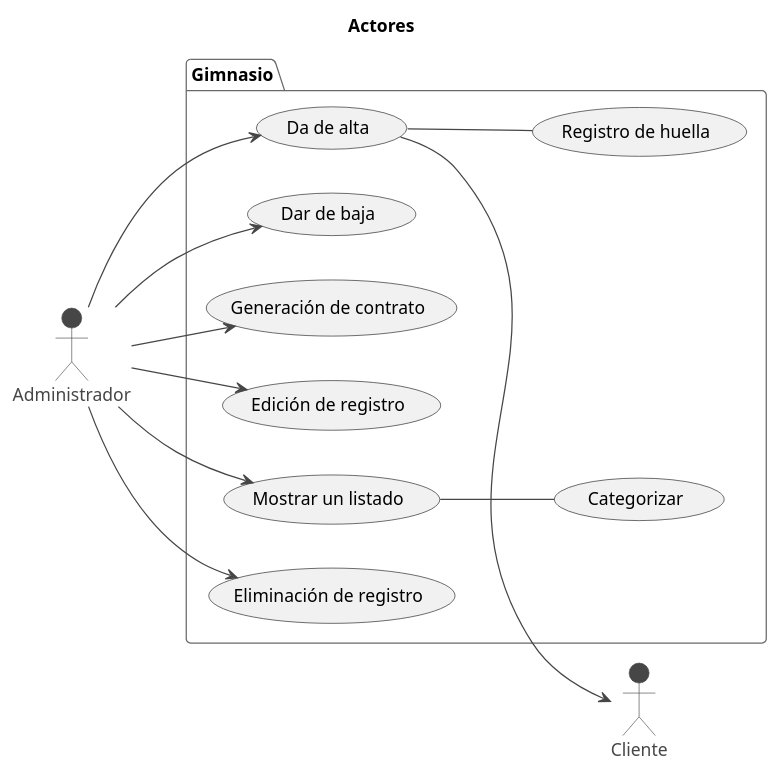
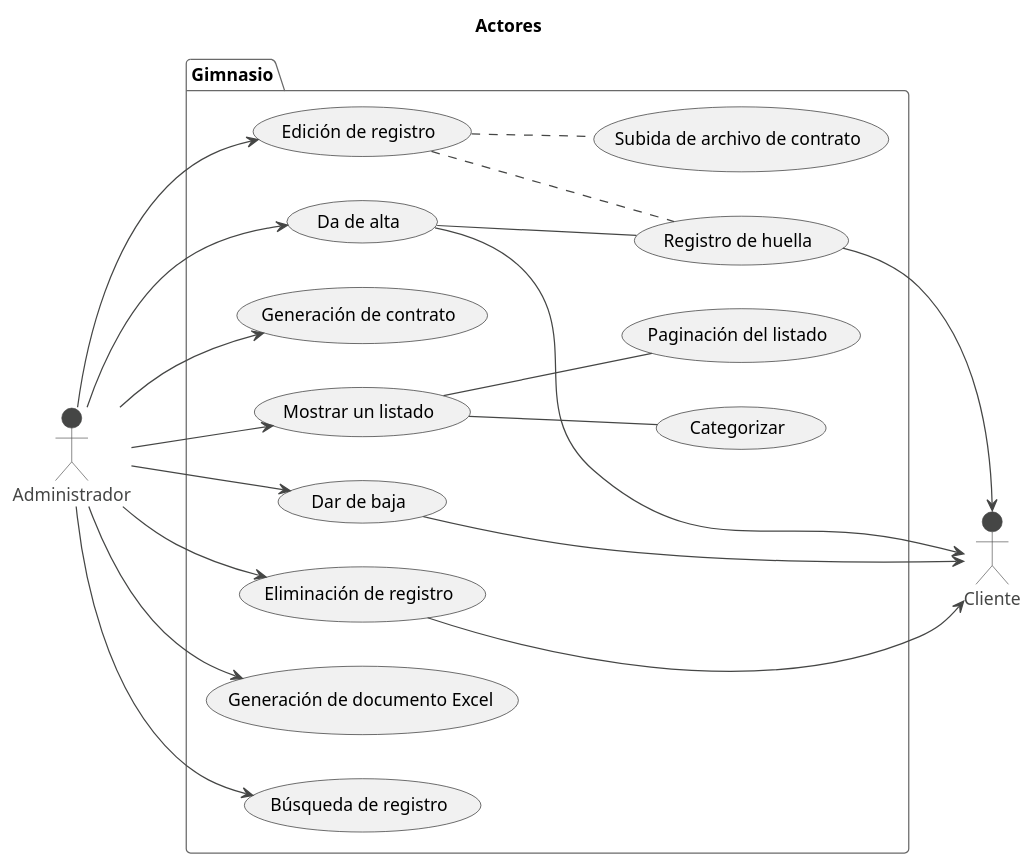
The diagram in gimnasio/diagramaActores.plantuml (josueMerino/TFG-Docs), drawn with PlantUML before and after one commit. The commit also changed 1 other file, not shown here.

Commit message:
Diagrama de actores para gimnasio y aparcamiento

```diff
--- a/gimnasio/diagramaActores.plantuml
+++ b/gimnasio/diagramaActores.plantuml
@@ -1,31 +1,44 @@
 @startuml
 !theme vibrant
 left to right direction
 title Actores
 Administrador as Admin
 Cliente as Client
 
 package Gimnasio {
  usecase "Da de alta" as UC1
  usecase "Categorizar" as UC2
  usecase "Dar de baja" as UC3
  usecase "Generación de contrato" as UC4
  usecase "Edición de registro" as UC5
  usecase "Registro de huella" as UC6
  usecase "Mostrar un listado" as UC7
  usecase "Eliminación de registro" as UC8
+ usecase "Generación de documento Excel" as UC9
+ usecase "Paginación del listado" as UC10
+ usecase "Búsqueda de registro" as UC11
+ usecase "Subida de archivo de contrato" as UC12
 }
 
 Admin --> UC1
 Admin --> UC3
 Admin --> UC4
 Admin --> UC5
 Admin --> UC7
 Admin --> UC8
+Admin --> UC9
+Admin --> UC11
 
 UC1 -- UC6
 UC1 --> Client
+UC6 --> Client
+UC3 --> Client
+UC8 --> Client
 
 UC7 -- UC2
+UC7 -- UC10
+
+UC5 .. UC6
+UC5 .. UC12
 
 @enduml
```
